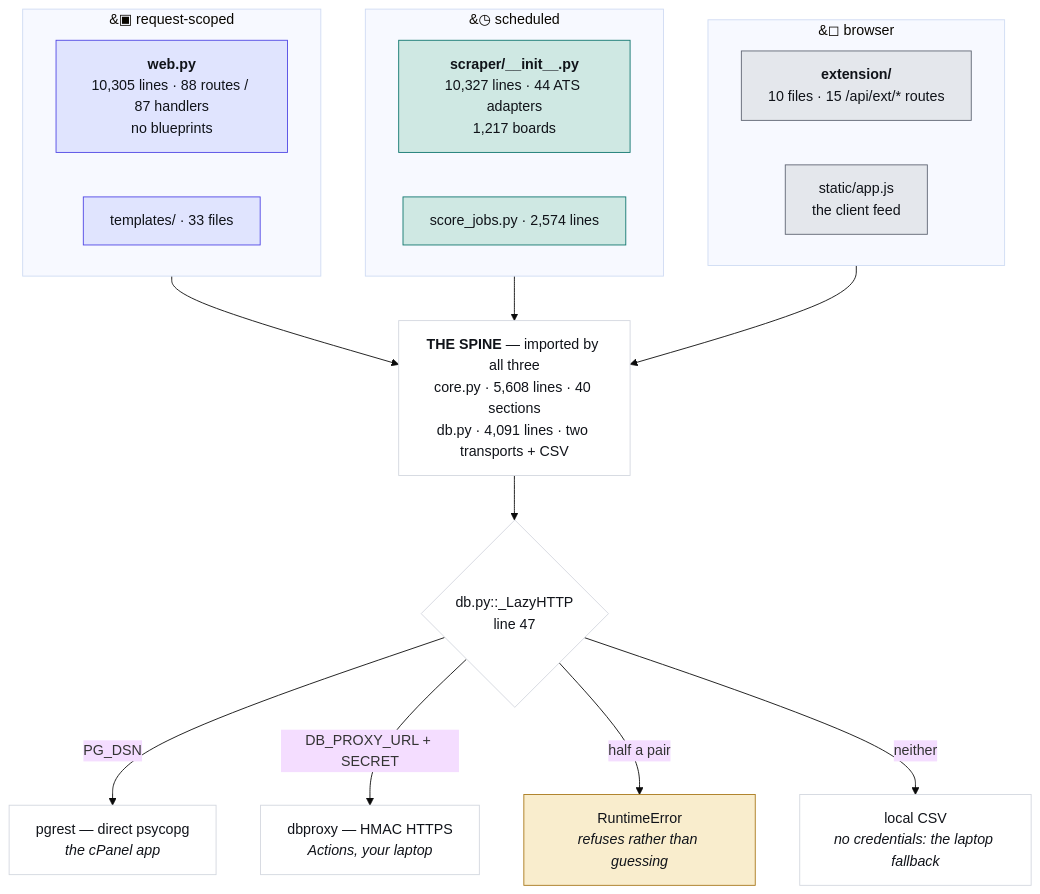
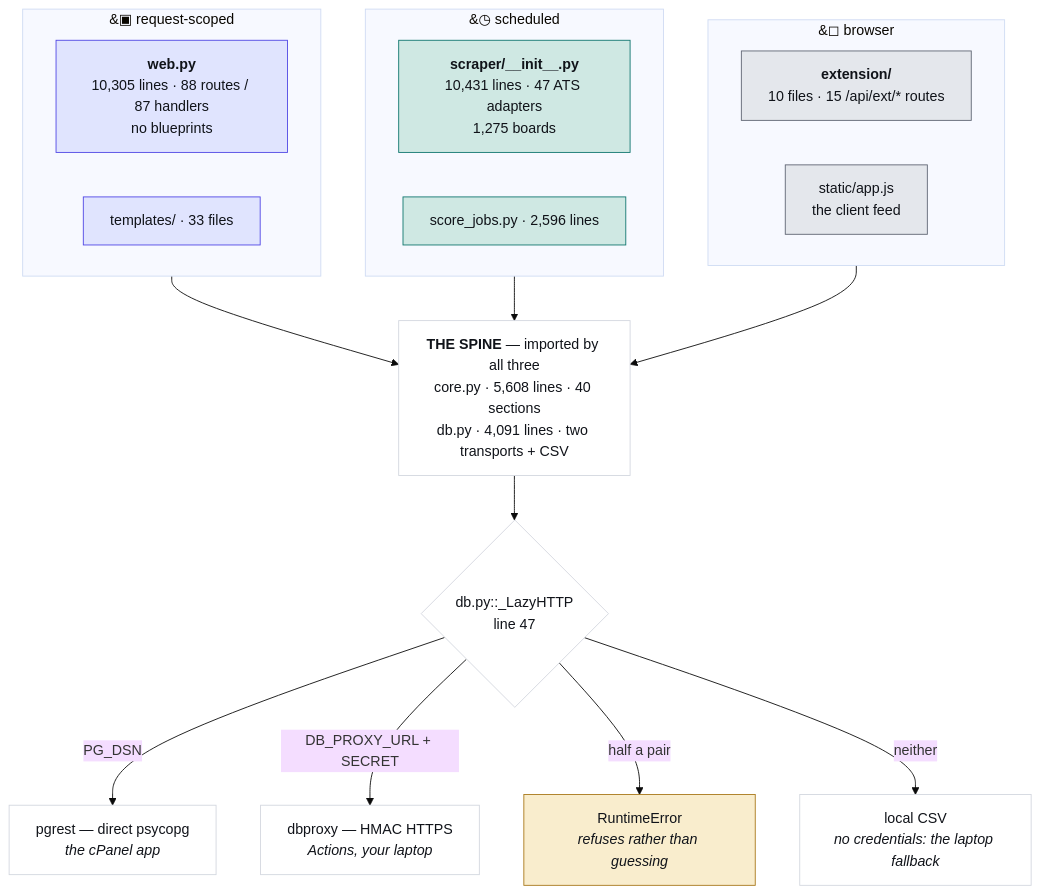
The first of 4 diagrams in JobMatch Scraper/docs/ARCHITECTURE.md (hadakunal909-debug/job-search-tool), drawn with Mermaid (base theme) before and after one commit. The commit also changed other lines of this file and 18 other files, not shown here.

Commit message:
Recover 58 employer boards with ADP Paycom and TriNet adapters

````diff
--- a/JobMatch Scraper/docs/ARCHITECTURE.md
+++ b/JobMatch Scraper/docs/ARCHITECTURE.md
@@ -48,34 +48,34 @@
 ```mermaid
 flowchart TB
   subgraph REQ["&#9635; request-scoped"]
     W["<b>web.py</b><br/>10,305 lines · 88 routes / 87 handlers<br/>no blueprints"]
     T["templates/ · 33 files"]
   end
   subgraph SCH["&#9719; scheduled"]
-    S["<b>scraper/__init__.py</b><br/>10,327 lines · 44 ATS adapters<br/>1,217 boards"]
-    J["score_jobs.py · 2,574 lines"]
+    S["<b>scraper/__init__.py</b><br/>10,431 lines · 47 ATS adapters<br/>1,275 boards"]
+    J["score_jobs.py · 2,596 lines"]
   end
   subgraph CLI["&#9723; browser"]
     E["<b>extension/</b><br/>10 files · 15 /api/ext/* routes"]
     A["static/app.js<br/>the client feed"]
   end
   SPINE["<b>THE SPINE</b> — imported by all three<br/>core.py · 5,608 lines · 40 sections<br/>db.py · 4,091 lines · two transports + CSV"]
   REQ --> SPINE
   SCH --> SPINE
   CLI --> SPINE
   SPINE --> D{"db.py::_LazyHTTP<br/>line 47"}
   D -->|"PG_DSN"| P["pgrest — direct psycopg<br/><i>the cPanel app</i>"]
   D -->|"DB_PROXY_URL + SECRET"| X["dbproxy — HMAC HTTPS<br/><i>Actions, your laptop</i>"]
   D -->|"half a pair"| R["RuntimeError<br/><i>refuses rather than guessing</i>"]
   D -->|"neither"| V["local CSV<br/><i>no credentials: the laptop fallback</i>"]
   classDef web fill:#e0e4fe,stroke:#4f46e5,color:#101319
   classDef sched fill:#cfe8e3,stroke:#0f766e,color:#101319
   classDef client fill:#e4e7ec,stroke:#5f6573,color:#101319
   classDef trap fill:#f9edcd,stroke:#a8781a,color:#101319
   classDef plain fill:#ffffff,stroke:#d3d7df,color:#101319
   class W,T web
   class S,J sched
   class E,A client
   class R trap
   class SPINE,D,P,X,V plain
 ```
````
